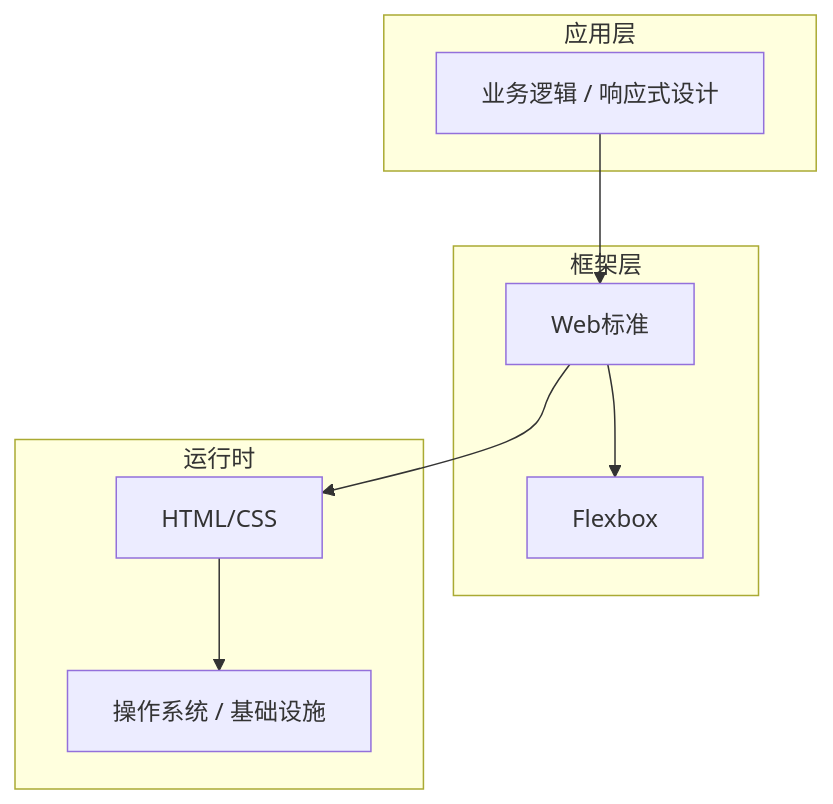
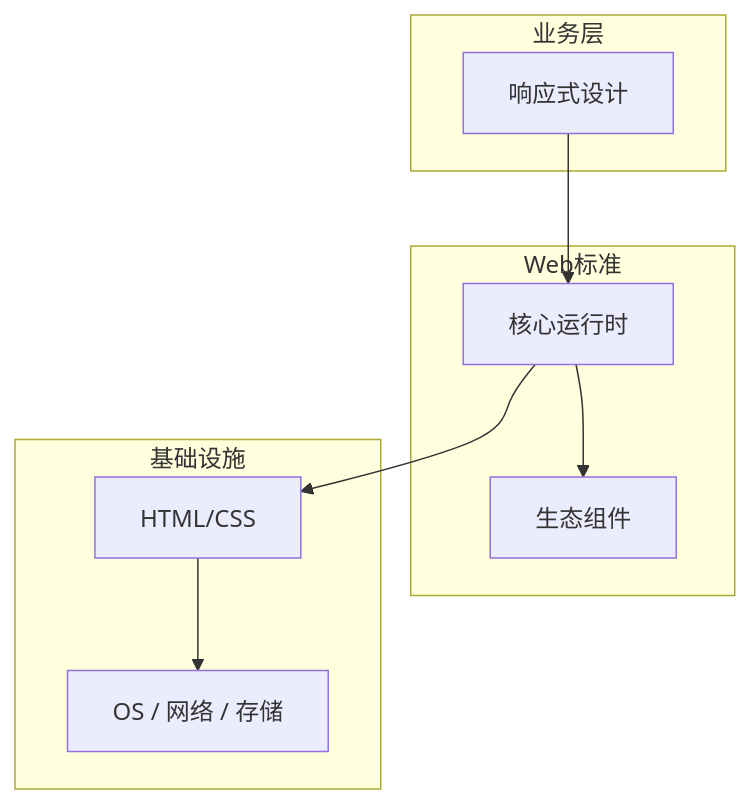
The diagram in articles/HTML与CSS/chapters/086-响应式设计核心概念与原理.md (yanggan2015/knowledge-json-v2), drawn with Mermaid before and after one commit. The commit also changed other lines of this file and 10127 other files, not shown here.

````diff
--- a/articles/HTML与CSS/chapters/086-响应式设计核心概念与原理.md
+++ b/articles/HTML与CSS/chapters/086-响应式设计核心概念与原理.md
@@ -45,18 +34,18 @@
 ```mermaid
 graph TB
-    subgraph 应用层
-        A[业务逻辑 / 响应式设计]
+    subgraph 业务层
+        A[响应式设计]
     end
-    subgraph 框架层
-        B[Web标准]
-        C[Flexbox]
+    subgraph Web标准
+        B[核心运行时]
+        C[生态组件]
     end
-    subgraph 运行时
+    subgraph 基础设施
         D[HTML/CSS]
-        E[操作系统 / 基础设施]
+        E[OS / 网络 / 存储]
     end
     A --> B
     B --> C
     B --> D
     D --> E
 ```
````
